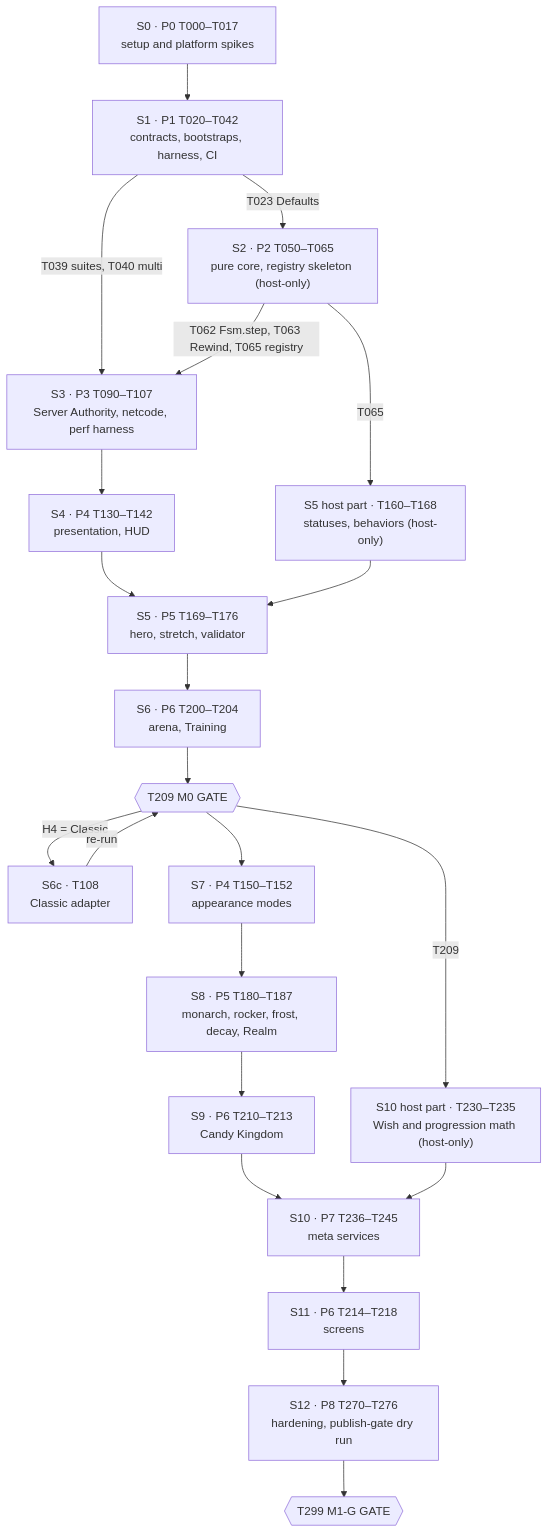
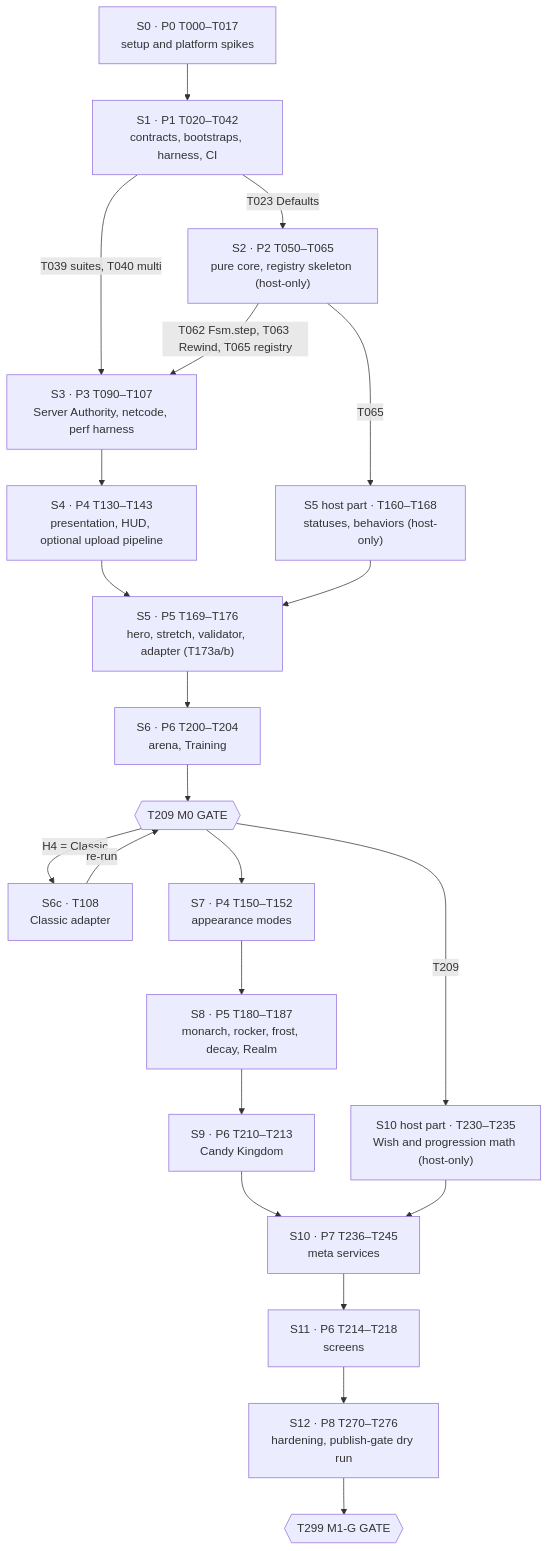
Before and after one commit to s0dot/xofyu: the diagram in docs/agent/TASKS.md, drawn with Mermaid. The commit also changed other lines of this file and 21 other files, not shown here.

````diff
--- a/docs/agent/TASKS.md
+++ b/docs/agent/TASKS.md
@@ -2043,24 +2163,24 @@
 ```mermaid
 flowchart TD
   S0["S0 · P0 T000–T017<br/>setup and platform spikes"] --> S1["S1 · P1 T020–T042<br/>contracts, bootstraps, harness, CI"]
   S1 -- "T023 Defaults" --> S2["S2 · P2 T050–T065<br/>pure core, registry skeleton (host-only)"]
   S1 -- "T039 suites, T040 multi" --> S3["S3 · P3 T090–T107<br/>Server Authority, netcode, perf harness"]
   S2 -- "T062 Fsm.step, T063 Rewind, T065 registry" --> S3
-  S3 --> S4["S4 · P4 T130–T142<br/>presentation, HUD"]
+  S3 --> S4["S4 · P4 T130–T143<br/>presentation, HUD, optional upload pipeline"]
   S2 -- "T065" --> S5h["S5 host part · T160–T168<br/>statuses, behaviors (host-only)"]
-  S4 --> S5["S5 · P5 T169–T176<br/>hero, stretch, validator"]
+  S4 --> S5["S5 · P5 T169–T176<br/>hero, stretch, validator, adapter (T173a/b)"]
   S5h --> S5
   S5 --> S6["S6 · P6 T200–T204<br/>arena, Training"]
   S6 --> G0{{"T209 M0 GATE"}}
   G0 -- "H4 = Classic" --> S6c["S6c · T108<br/>Classic adapter"]
   S6c -- "re-run" --> G0
   G0 --> S7["S7 · P4 T150–T152<br/>appearance modes"]
   S7 --> S8["S8 · P5 T180–T187<br/>monarch, rocker, frost, decay, Realm"]
   S8 --> S9["S9 · P6 T210–T213<br/>Candy Kingdom"]
   G0 -- "T209" --> S10h["S10 host part · T230–T235<br/>Wish and progression math (host-only)"]
   S9 --> S10["S10 · P7 T236–T245<br/>meta services"]
   S10h --> S10
   S10 --> S11["S11 · P6 T214–T218<br/>screens"]
   S11 --> S12["S12 · P8 T270–T276<br/>hardening, publish-gate dry run"]
   S12 --> G1{{"T299 M1-G GATE"}}
 ```
````
